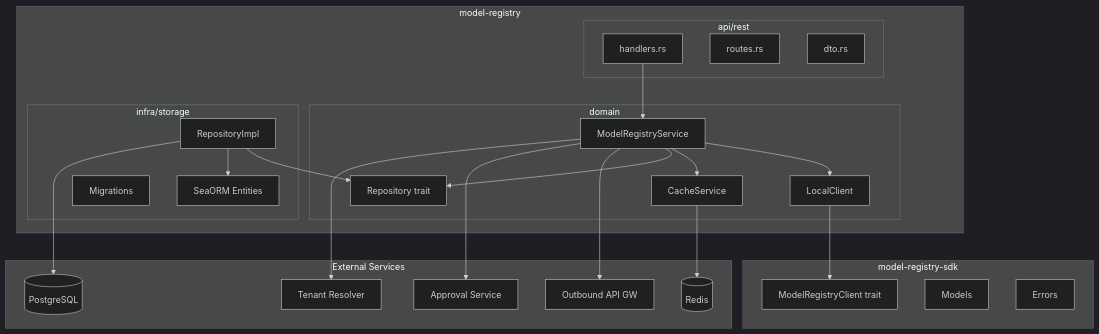
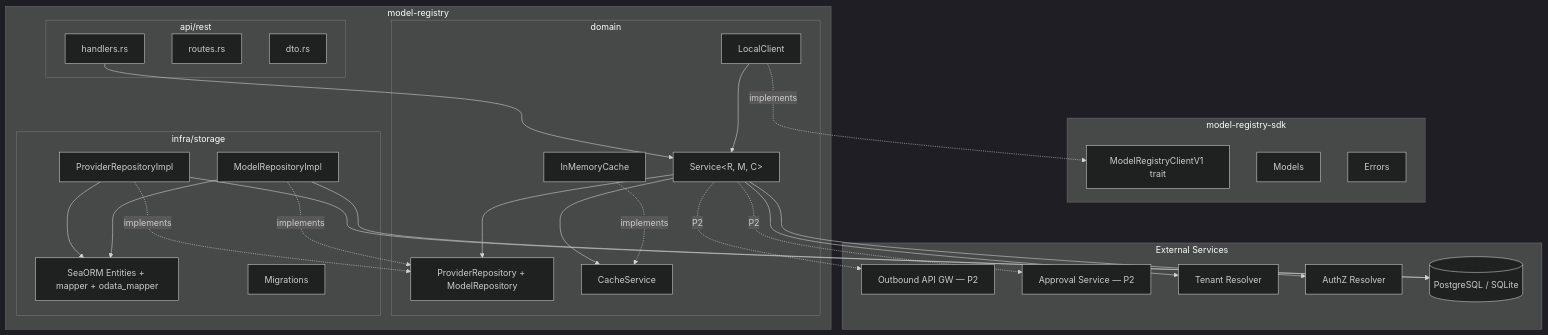
Before and after one commit to Qilin101/gears-rust: the second of 8 diagrams in gears/model-registry/docs/DESIGN.md, drawn with Mermaid (dark theme). The commit also changed other lines of this file, not shown here.

````diff
--- a/gears/model-registry/docs/DESIGN.md
+++ b/gears/model-registry/docs/DESIGN.md
@@ -503,50 +531,56 @@
 ```mermaid
 graph TB
     subgraph SDK["model-registry-sdk"]
-        TRAIT[ModelRegistryClient trait]
+        TRAIT[ModelRegistryClientV1 trait]
         MODELS[Models]
         ERRORS[Errors]
     end
 
     subgraph Gear["model-registry"]
         subgraph API["api/rest"]
             HANDLERS[handlers.rs]
             ROUTES[routes.rs]
             DTOS[dto.rs]
         end
 
         subgraph Domain["domain"]
-            SERVICE[ModelRegistryService]
+            SERVICE[Service&lt;R, M, C&gt;]
             LOCAL[LocalClient]
-            REPO_TRAIT[Repository trait]
+            REPO_TRAIT[ProviderRepository + ModelRepository]
             CACHE_SVC[CacheService]
+            MEMCACHE[InMemoryCache]
         end
 
         subgraph Infra["infra/storage"]
-            REPO_IMPL[RepositoryImpl]
-            ENTITIES[SeaORM Entities]
+            PROV_IMPL[ProviderRepositoryImpl]
+            MODEL_IMPL[ModelRepositoryImpl]
+            ENTITIES[SeaORM Entities + mapper + odata_mapper]
             MIGRATIONS[Migrations]
         end
     end
 
     subgraph External["External Services"]
-        OAGW[Outbound API GW]
-        APPROVAL[Approval Service]
+        OAGW[Outbound API GW — P2]
+        APPROVAL[Approval Service — P2]
         TENANT[Tenant Resolver]
-        REDIS[(Redis)]
-        PG[(PostgreSQL)]
+        AUTHZ[AuthZ Resolver]
+        PG[(PostgreSQL / SQLite)]
     end
 
     HANDLERS --> SERVICE
-    SERVICE --> LOCAL
-    LOCAL --> TRAIT
+    LOCAL --> SERVICE
+    LOCAL -.implements.-> TRAIT
     SERVICE --> CACHE_SVC
     SERVICE --> REPO_TRAIT
-    REPO_IMPL --> REPO_TRAIT
-    REPO_IMPL --> ENTITIES
-    CACHE_SVC --> REDIS
-    REPO_IMPL --> PG
-    SERVICE --> OAGW
-    SERVICE --> APPROVAL
+    MEMCACHE -.implements.-> CACHE_SVC
+    PROV_IMPL -.implements.-> REPO_TRAIT
+    MODEL_IMPL -.implements.-> REPO_TRAIT
+    PROV_IMPL --> ENTITIES
+    MODEL_IMPL --> ENTITIES
+    PROV_IMPL --> PG
+    MODEL_IMPL --> PG
     SERVICE --> TENANT
+    SERVICE --> AUTHZ
+    SERVICE -.P2.-> OAGW
+    SERVICE -.P2.-> APPROVAL
 ```
````
